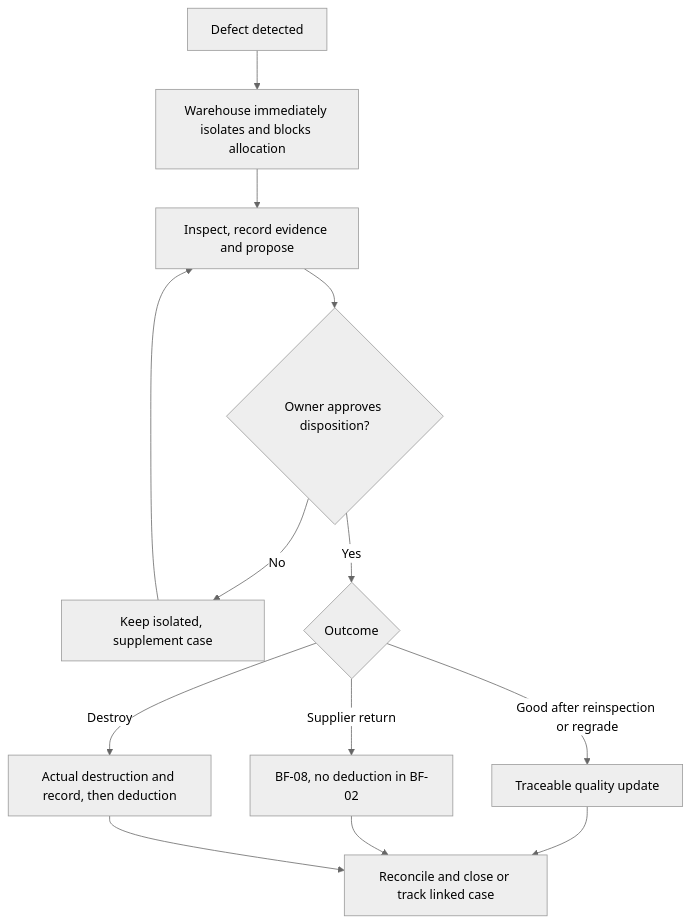
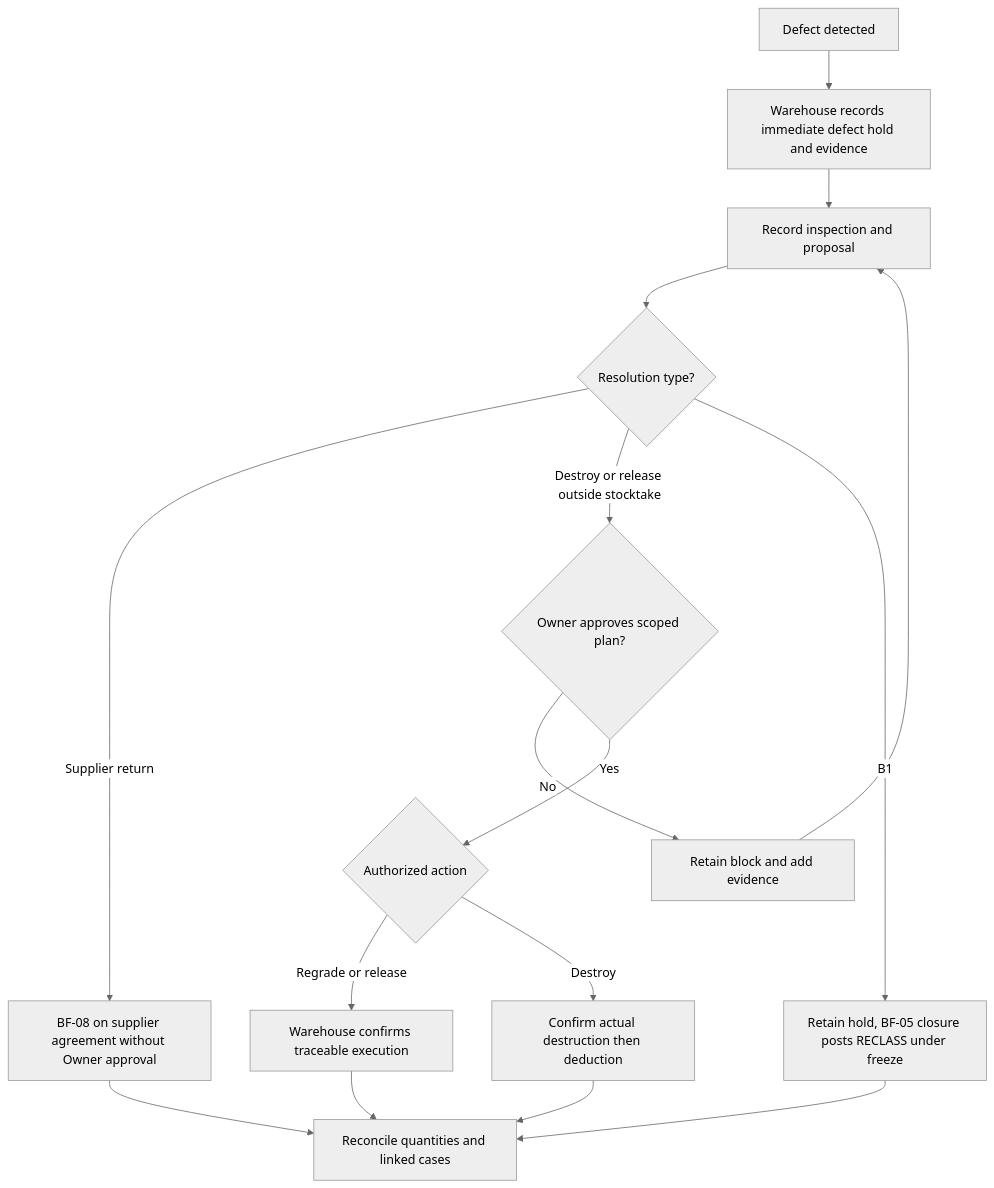
The third of 9 diagrams in docs/02_nghiep_vu/de_xuat_quy_trinh_2_EN.md (minhbach032003/docs_doan), drawn with Mermaid (neutral theme) before and after one commit. The commit also changed other lines of this file and 3 other files, not shown here.

````diff
--- a/docs/02_nghiep_vu/de_xuat_quy_trinh_2_EN.md
+++ b/docs/02_nghiep_vu/de_xuat_quy_trinh_2_EN.md
@@ -678,15 +689,18 @@
 ```mermaid
 flowchart TD
- A[Defect detected] --> B[Warehouse immediately isolates and blocks allocation]
- B --> C[Inspect, record evidence and propose]
- C --> D{Owner approves disposition?}
- D -->|No| E[Keep isolated, supplement case]
+ A[Defect detected] --> B[Warehouse records immediate defect hold and evidence]
+ B --> C[Record inspection and proposal]
+ C --> X{Resolution type?}
+ X -->|Supplier return| H[BF-08 on supplier agreement without Owner approval]
+ X -->|Destroy or release outside stocktake| D{Owner approves scoped plan?}
+ D -->|No| E[Retain block and add evidence]
  E --> C
- D -->|Yes| F{Outcome}
- F -->|Good after reinspection or regrade| G[Traceable quality update]
- F -->|Supplier return| H[BF-08, no deduction in BF-02]
- F -->|Destroy| I[Actual destruction and record, then deduction]
- G --> J[Reconcile and close or track linked case]
+ D -->|Yes| F{Authorized action}
+ F -->|Regrade or release| G[Warehouse confirms traceable execution]
+ F -->|Destroy| I[Confirm actual destruction then deduction]
+ X -->|B1| K[Retain hold, BF-05 closure posts RECLASS under freeze]
+ G --> J[Reconcile quantities and linked cases]
  H --> J
  I --> J
+ K --> J
 ```
````
